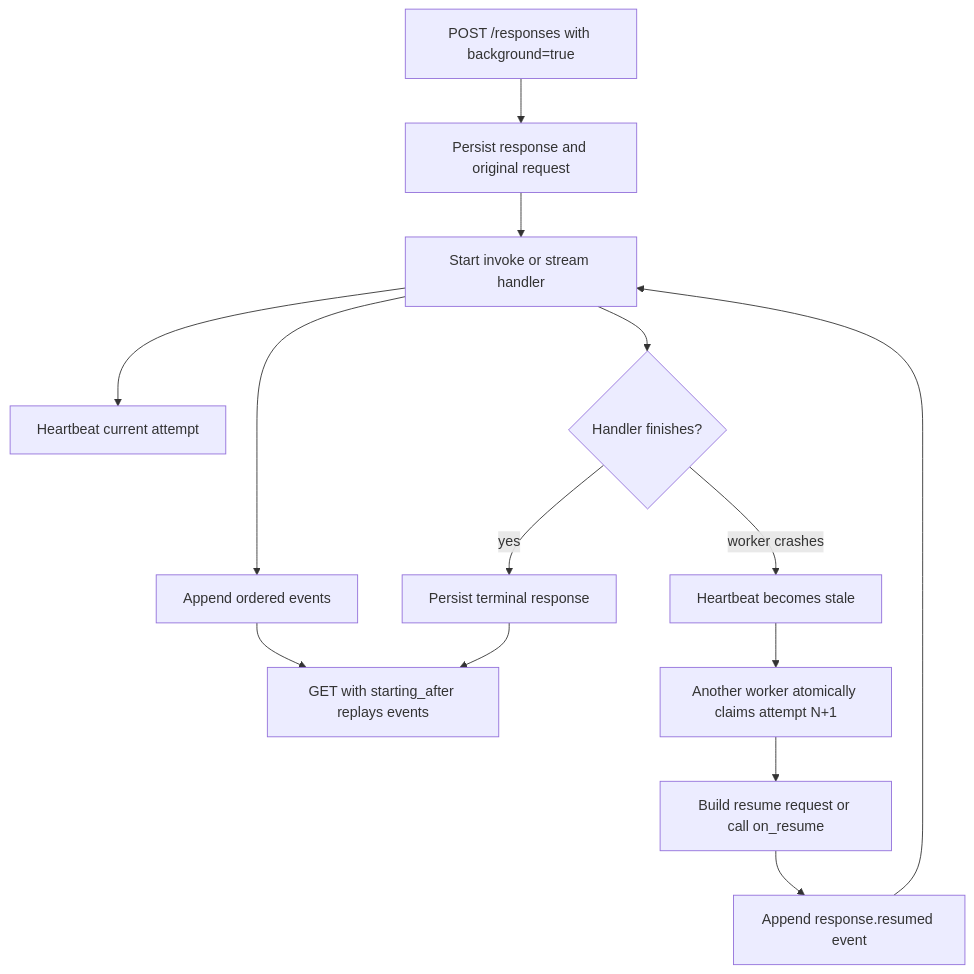
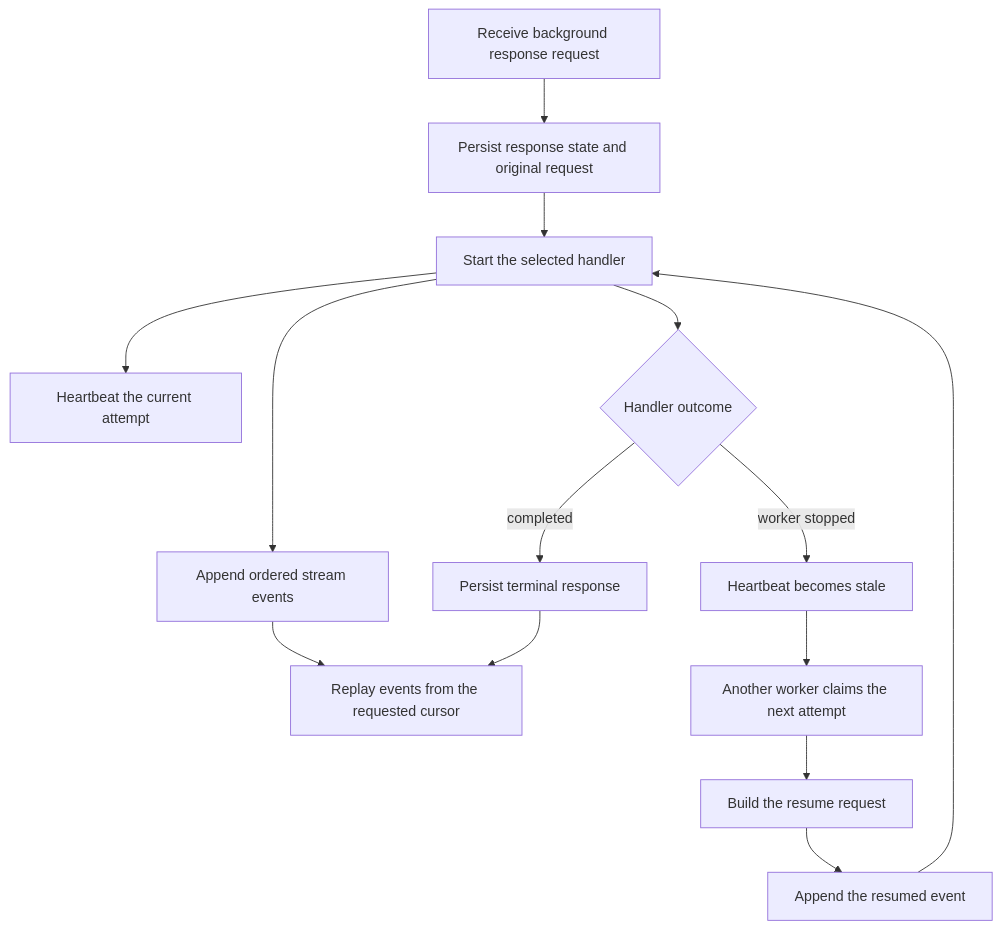
The first of 2 diagrams in src/databricks_ai_bridge/long_running/AGENTS.md (databricks/databricks-ai-bridge), drawn with Mermaid before and after one commit. The commit also changed other lines of this file and 21 other files, not shown here.

Commit message:
Simplify recovery cookbooks and diagrams

````diff
--- a/src/databricks_ai_bridge/long_running/AGENTS.md
+++ b/src/databricks_ai_bridge/long_running/AGENTS.md
@@ -115,16 +115,16 @@
 ```mermaid
 flowchart TD
-    A["POST /responses with background=true"] --> B["Persist response and original request"]
-    B --> C["Start invoke or stream handler"]
-    C --> D["Heartbeat current attempt"]
-    C --> E["Append ordered events"]
-    C --> F{"Handler finishes?"}
-    F -->|"yes"| G["Persist terminal response"]
-    F -->|"worker crashes"| H["Heartbeat becomes stale"]
-    H --> I["Another worker atomically claims attempt N+1"]
-    I --> J["Build resume request or call on_resume"]
-    J --> K["Append response.resumed event"]
-    K --> C
-    E --> L["GET with starting_after replays events"]
-    G --> L
+    REQUEST[Receive background response request] --> PERSIST[Persist response state and original request]
+    PERSIST --> RUN[Start the selected handler]
+    RUN --> HEARTBEAT[Heartbeat the current attempt]
+    RUN --> EVENTS[Append ordered stream events]
+    RUN --> OUTCOME{Handler outcome}
+    OUTCOME -->|completed| RESULT[Persist terminal response]
+    OUTCOME -->|worker stopped| STALE[Heartbeat becomes stale]
+    STALE --> CLAIM[Another worker claims the next attempt]
+    CLAIM --> RESUME[Build the resume request]
+    RESUME --> MARKER[Append the resumed event]
+    MARKER --> RUN
+    EVENTS --> RETRIEVE[Replay events from the requested cursor]
+    RESULT --> RETRIEVE
 ```
````
